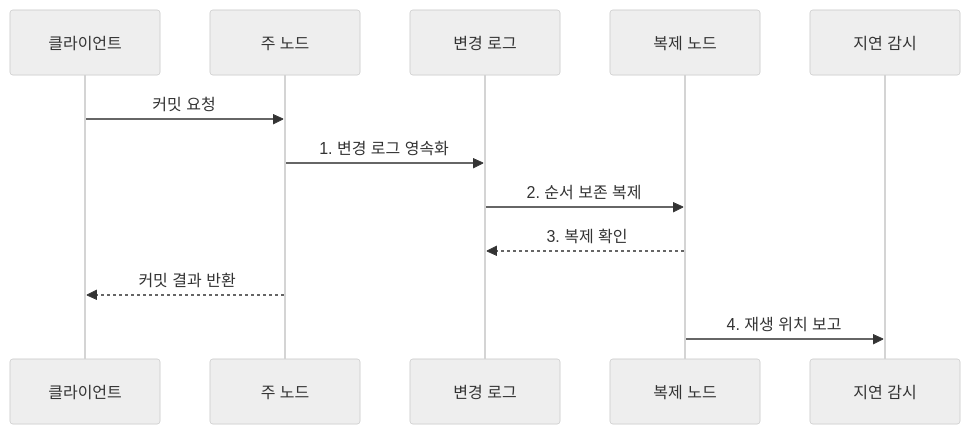
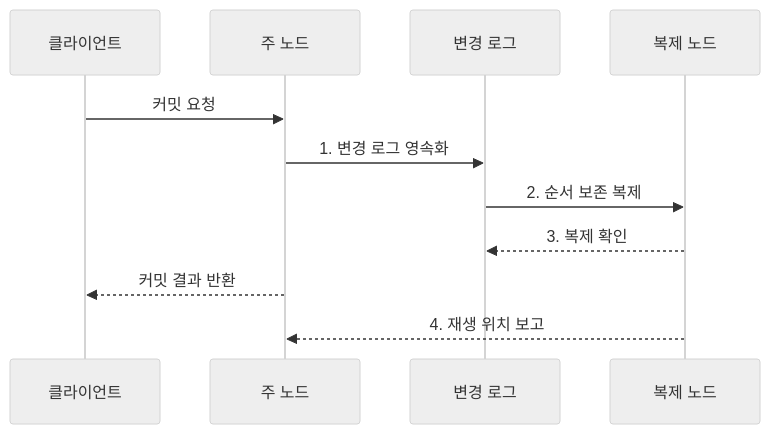
Before and after one commit to agnusdei1207/knowledge-base: the second of 2 diagrams in src/content/docs/notes/03-software/100_database_replication.md, drawn with Mermaid (neutral theme). The commit also changed 8 other files, not shown here.

Commit message:
Simplify database execution diagrams

````diff
--- a/src/content/docs/notes/03-software/100_database_replication.md
+++ b/src/content/docs/notes/03-software/100_database_replication.md
@@ -99,14 +99,13 @@
 ```mermaid
 sequenceDiagram
     participant C as 클라이언트
     participant P as 주 노드
     participant L as 변경 로그
     participant R as 복제 노드
-    participant M as 지연 감시
     C->>P: 커밋 요청
     P->>L: 1. 변경 로그 영속화
     L->>R: 2. 순서 보존 복제
     R-->>L: 3. 복제 확인
     P-->>C: 커밋 결과 반환
-    R->>M: 4. 재생 위치 보고
+    R-->>P: 4. 재생 위치 보고
 ```
````
